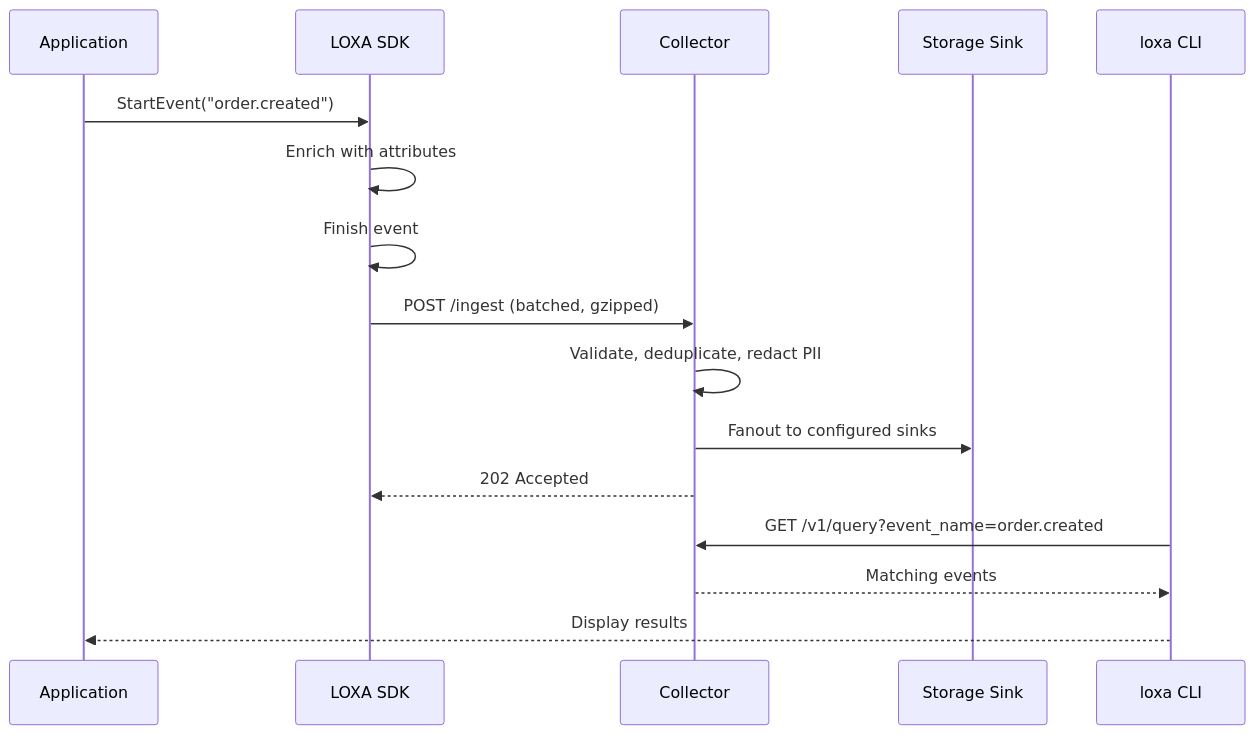
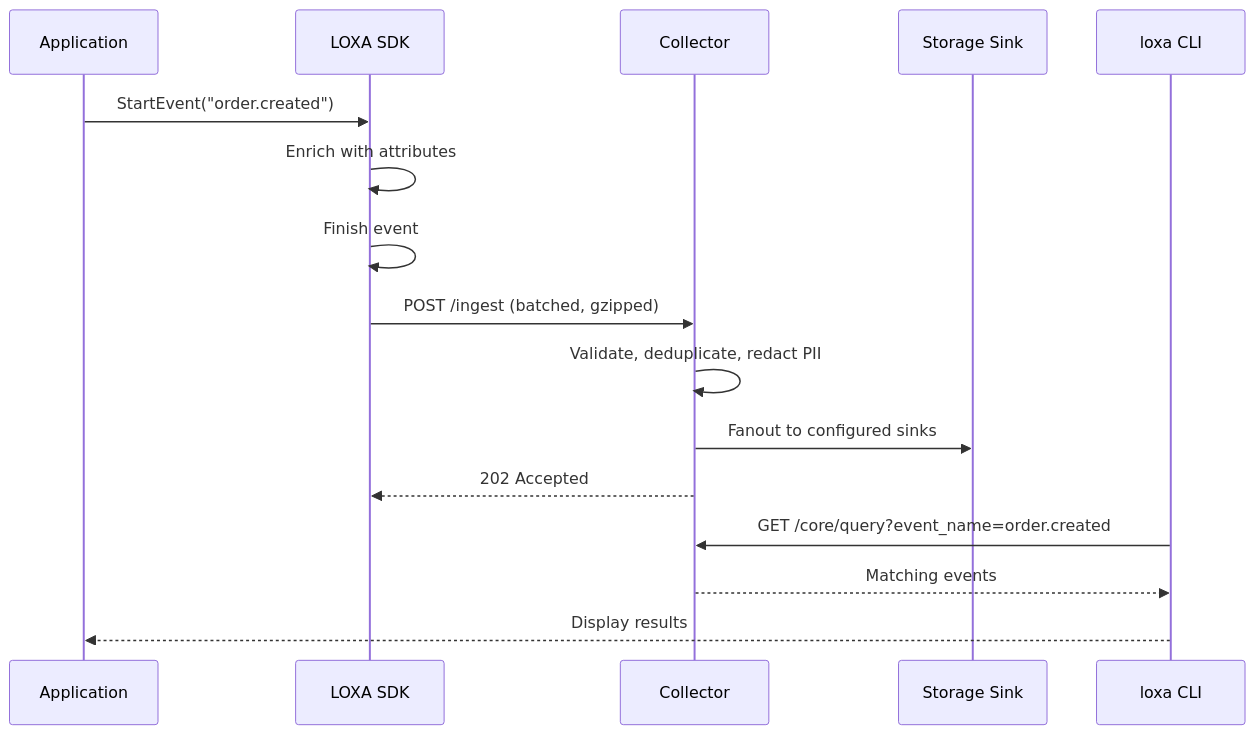
The diagram in docs/getting-started.md (Astraive/loxa), drawn with Mermaid before and after one commit. The commit also changed 338 other files, not shown here.

````diff
--- a/docs/getting-started.md
+++ b/docs/getting-started.md
@@ -27,19 +27,19 @@
 ```mermaid
 sequenceDiagram
     participant App as Application
     participant SDK as LOXA SDK
     participant Collector as Collector
     participant Sink as Storage Sink
     participant CLI as loxa CLI
 
     App->>SDK: StartEvent("order.created")
     SDK->>SDK: Enrich with attributes
     SDK->>SDK: Finish event
     SDK->>Collector: POST /ingest (batched, gzipped)
     Collector->>Collector: Validate, deduplicate, redact PII
     Collector->>Sink: Fanout to configured sinks
     Collector-->>SDK: 202 Accepted
-    CLI->>Collector: GET /v1/query?event_name=order.created
+    CLI->>Collector: GET /core/query?event_name=order.created
     Collector-->>CLI: Matching events
     CLI-->>App: Display results
 ```
````
